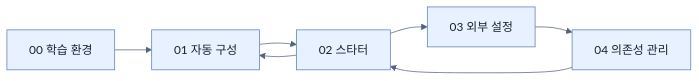
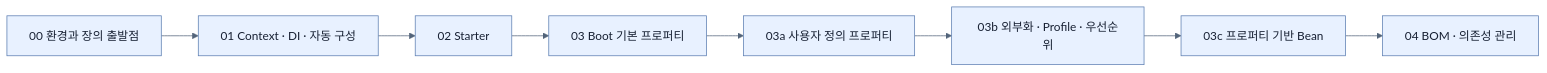
The first of 2 diagrams in spring-boot-4-pdf-notes/part-1-the-basics-of-spring-boot/chapter-1-core-features-of-spring-boot/_map.md (sing-u8/Learning_Spring_Boot_4), drawn with Mermaid before and after one commit. The commit also changed other lines of this file and 253 other files, not shown here.

````diff
--- a/spring-boot-4-pdf-notes/part-1-the-basics-of-spring-boot/chapter-1-core-features-of-spring-boot/_map.md
+++ b/spring-boot-4-pdf-notes/part-1-the-basics-of-spring-boot/chapter-1-core-features-of-spring-boot/_map.md
@@ -5,10 +7,11 @@
 ```mermaid
 %%{init: {'theme': 'base', 'themeVariables': {'background': '#ffffff', 'primaryColor': '#e8f1ff', 'primaryTextColor': '#172033', 'primaryBorderColor': '#5b7db1', 'lineColor': '#52647a', 'secondaryColor': '#f7fbff', 'tertiaryColor': '#fff7df'}}}%%
 flowchart LR
-    T[00 학습 환경] --> A[01 자동 구성]
-    A --> S[02 스타터]
-    S --> P[03 외부 설정]
-    P --> D[04 의존성 관리]
-    S --> A
-    D --> S
+    T["00 환경과 장의 출발점"] --> A["01 Context · DI · 자동 구성"]
+    A --> S["02 Starter"]
+    S --> P["03 Boot 기본 프로퍼티"]
+    P --> C["03a 사용자 정의 프로퍼티"]
+    C --> E["03b 외부화 · Profile · 우선순위"]
+    E --> B["03c 프로퍼티 기반 Bean"]
+    B --> D["04 BOM · 의존성 관리"]
 ```
````
